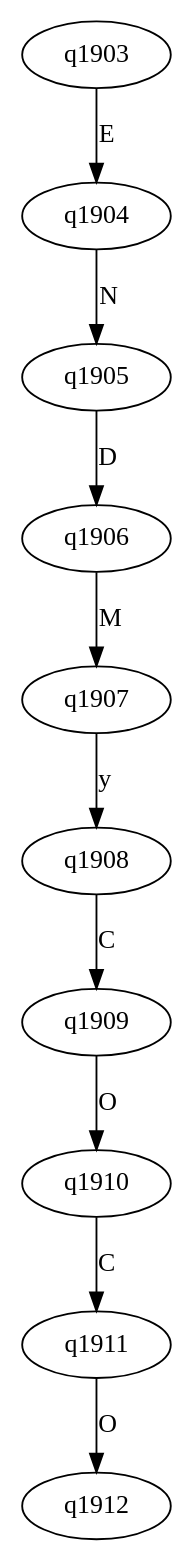
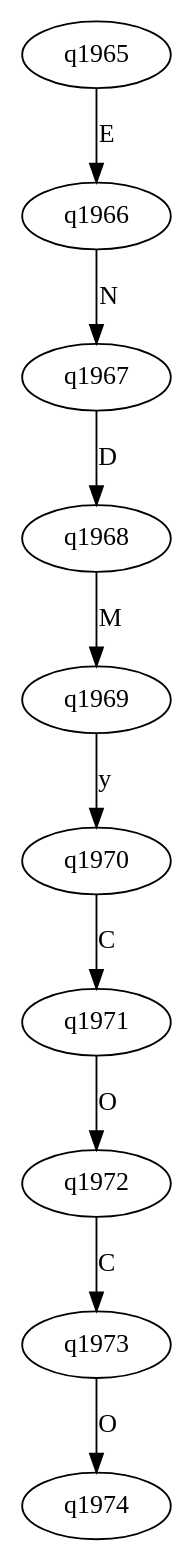
One commit to JUMPSTONIK/Proyecto---Compiladores changed the diagram in AFNENDMyCOC.dot. Above: the diagram before and after it, drawn with Graphviz. The commit also changed 38 other files, not shown here.

```diff
--- a/AFNENDMyCOC.dot
+++ b/AFNENDMyCOC.dot
@@ -1,11 +1,11 @@
 digraph G{
-q1903 -> q1904 [label="E"]
-q1904 -> q1905 [label="N"]
-q1905 -> q1906 [label="D"]
-q1906 -> q1907 [label="M"]
-q1907 -> q1908 [label="y"]
-q1908 -> q1909 [label="C"]
-q1909 -> q1910 [label="O"]
-q1910 -> q1911 [label="C"]
-q1911 -> q1912 [label="O"]
+q1965 -> q1966 [label="E"]
+q1966 -> q1967 [label="N"]
+q1967 -> q1968 [label="D"]
+q1968 -> q1969 [label="M"]
+q1969 -> q1970 [label="y"]
+q1970 -> q1971 [label="C"]
+q1971 -> q1972 [label="O"]
+q1972 -> q1973 [label="C"]
+q1973 -> q1974 [label="O"]
 }
```
